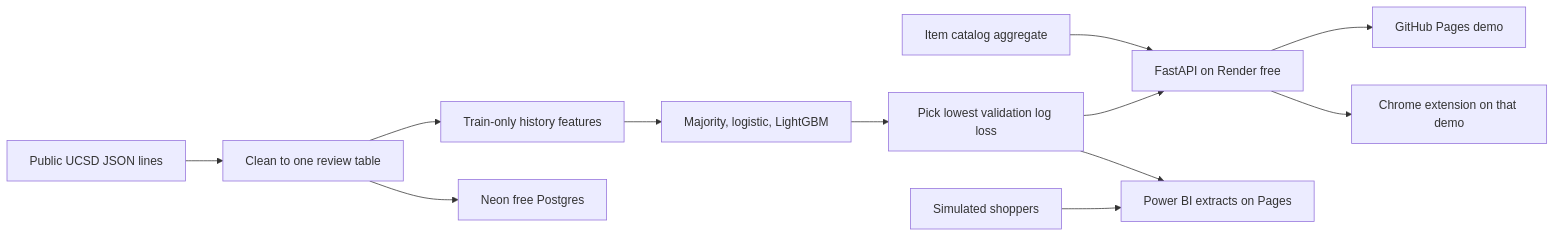
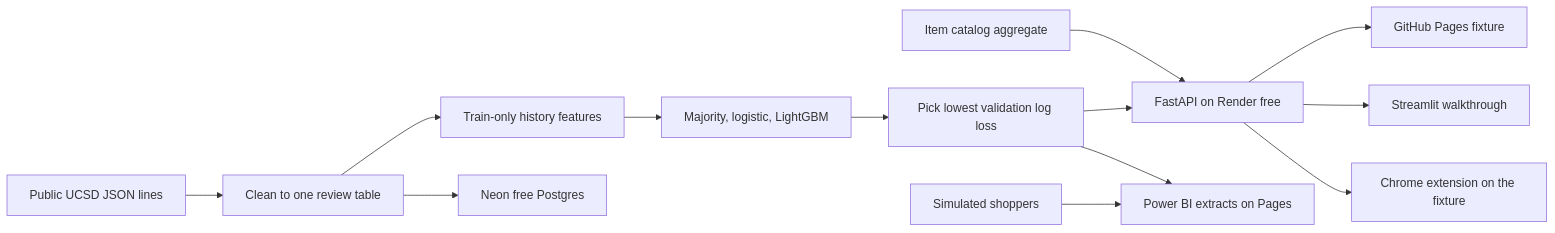
One commit to neelsrejan/fit-finder changed the diagram in README.md. Above: the diagram before and after it, drawn with Mermaid. The commit also changed other lines of this file and 23 other files, not shown here.

First line of the commit message:
Add a guided Streamlit walkthrough for the hiring-manager demo. (#4)

````diff
--- a/README.md
+++ b/README.md
@@ -26,14 +26,15 @@
 ```mermaid
 flowchart LR
   raw[Public UCSD JSON lines] --> clean[Clean to one review table]
   clean --> features[Train-only history features]
   features --> models[Majority, logistic, LightGBM]
   models --> choice[Pick lowest validation log loss]
   choice --> api[FastAPI on Render free]
   catalog[Item catalog aggregate] --> api
   clean --> neon[Neon free Postgres]
-  api --> page[GitHub Pages demo]
-  api --> ext[Chrome extension on that demo]
+  api --> page[GitHub Pages fixture]
+  api --> guide[Streamlit walkthrough]
+  api --> ext[Chrome extension on the fixture]
   sim[Simulated shoppers] --> extracts[Power BI extracts on Pages]
   choice --> extracts
 ```
````
